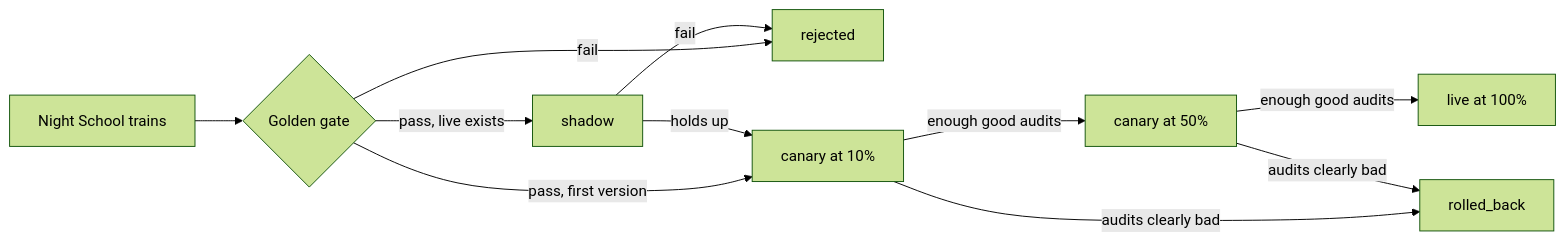
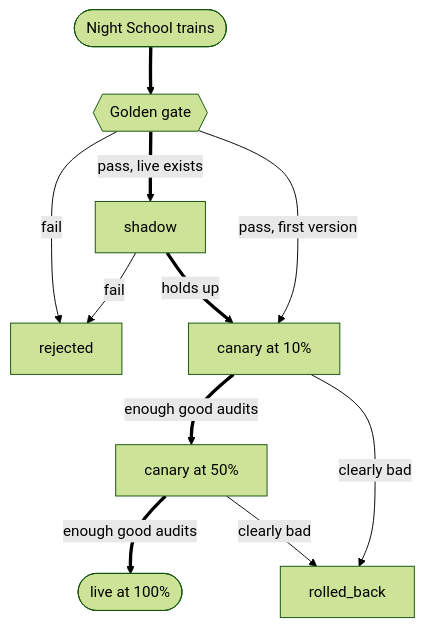
The third of 5 diagrams in docs-site/src/content/docs/guides/release-gate.mdx (harshbhx/ratchet), drawn with Mermaid (forest theme) before and after one commit. The commit also changed other lines of this file and 25 other files, not shown here.

````diff
--- a/docs-site/src/content/docs/guides/release-gate.mdx
+++ b/docs-site/src/content/docs/guides/release-gate.mdx
@@ -122,13 +171,19 @@
 ```mermaid
-flowchart LR
-  N["Night School trains"] --> G{"Golden gate"}
+flowchart TB
+  N(["Night School trains"]) ==> G{{"Golden gate"}}
   G -->|fail| R["rejected"]
-  G -->|"pass, first version"| C10["canary at 10%"]
-  G -->|"pass, live exists"| S["shadow"]
-  S -->|"holds up"| C10
+  G ==>|"pass, live exists"| S["shadow"]
+  G -->|"pass, first version"| C10
   S -->|fail| R
-  C10 -->|"enough good audits"| C50["canary at 50%"]
-  C50 -->|"enough good audits"| L["live at 100%"]
-  C10 -->|"audits clearly bad"| RB["rolled_back"]
-  C50 -->|"audits clearly bad"| RB
+  S ==>|"holds up"| C10["canary at 10%"]
+  C10 ==>|"enough good audits"| C50["canary at 50%"]
+  C50 ==>|"enough good audits"| L(["live at 100%"])
+  C10 -->|"clearly bad"| RB["rolled_back"]
+  C50 -->|"clearly bad"| RB
+
+  class N neutral
+  class G gate
+  class S,C10,C50 student
+  class L ok
+  class R,RB danger
 ```
````
